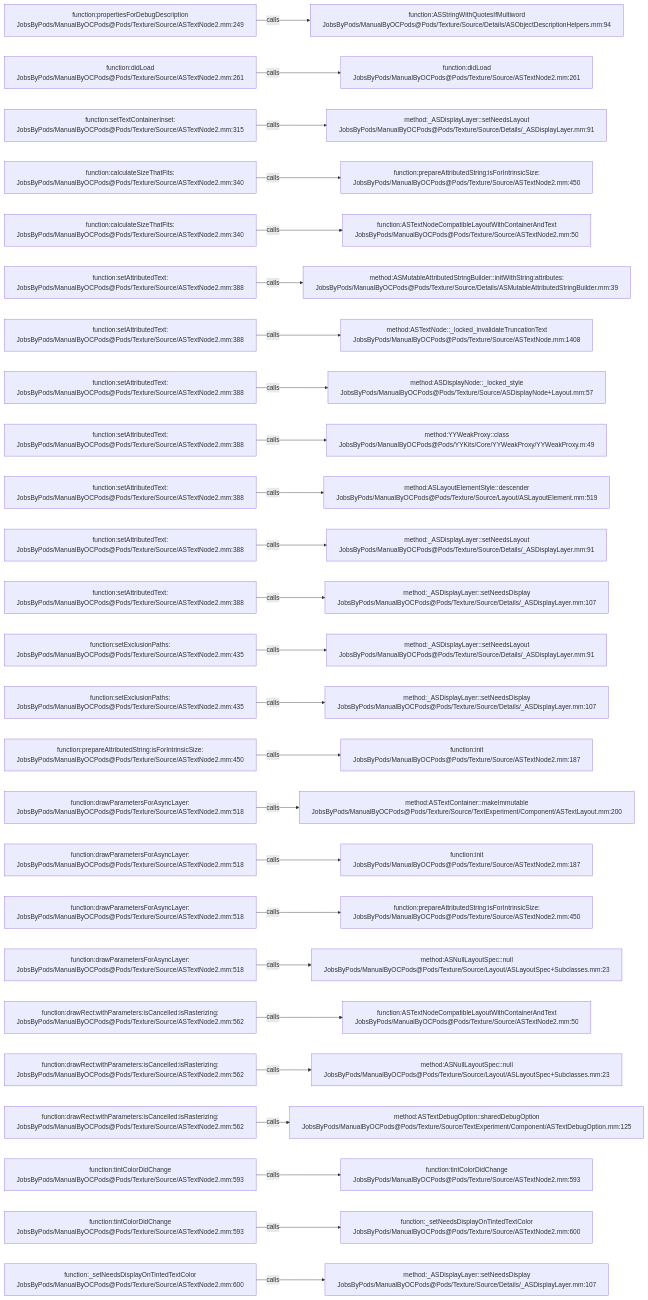
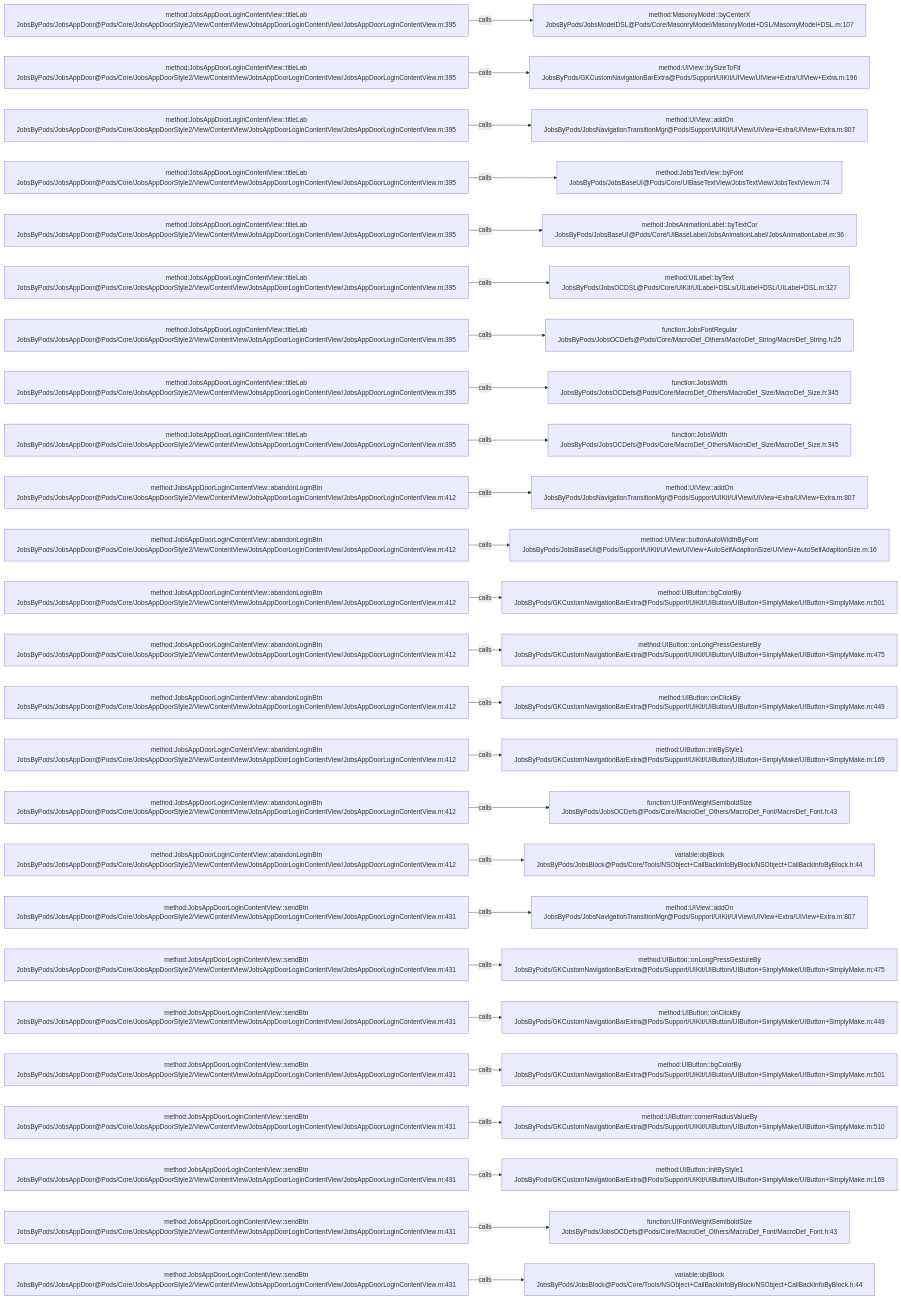
One commit to JobsKits/JobsOCBaseConfigDemo changed the diagram in .codegraph/codegraph.md/graphs/calls-124.md. Above: the diagram before and after it, drawn with Mermaid. The commit also changed 768 other files, not shown here.

````diff
--- a/.codegraph/codegraph.md/graphs/calls-124.md
+++ b/.codegraph/codegraph.md/graphs/calls-124.md
@@ -13,78 +13,78 @@
 ```mermaid
 flowchart LR
-  S1["function:propertiesForDebugDescription<br/>JobsByPods/ManualByOCPods@Pods/Texture/Source/ASTextNode2.mm:249"]
-  T1["function:ASStringWithQuotesIfMultiword<br/>JobsByPods/ManualByOCPods@Pods/Texture/Source/Details/ASObjectDescriptionHelpers.mm:94"]
+  S1["method:JobsAppDoorLoginContentView::titleLab<br/>JobsByPods/JobsAppDoor@Pods/Core/JobsAppDoorStyle2/View/ContentView/JobsAppDoorLoginContentView/JobsAppDoorLoginContentView.m:395"]
+  T1["method:MasonryModel::byCenterX<br/>JobsByPods/JobsModelDSL@Pods/Core/MasonryModel/MasonryModel+DSL/MasonryModel+DSL.m:107"]
   S1 -->|calls| T1
-  S2["function:didLoad<br/>JobsByPods/ManualByOCPods@Pods/Texture/Source/ASTextNode2.mm:261"]
-  T2["function:didLoad<br/>JobsByPods/ManualByOCPods@Pods/Texture/Source/ASTextNode2.mm:261"]
+  S2["method:JobsAppDoorLoginContentView::titleLab<br/>JobsByPods/JobsAppDoor@Pods/Core/JobsAppDoorStyle2/View/ContentView/JobsAppDoorLoginContentView/JobsAppDoorLoginContentView.m:395"]
+  T2["method:UIView::bySizeToFit<br/>JobsByPods/GKCustomNavigationBarExtra@Pods/Support/UIKit/UIView/UIView+Extra/UIView+Extra.m:196"]
   S2 -->|calls| T2
-  S3["function:setTextContainerInset:<br/>JobsByPods/ManualByOCPods@Pods/Texture/Source/ASTextNode2.mm:315"]
-  T3["method:_ASDisplayLayer::setNeedsLayout<br/>JobsByPods/ManualByOCPods@Pods/Texture/Source/Details/_ASDisplayLayer.mm:91"]
+  S3["method:JobsAppDoorLoginContentView::titleLab<br/>JobsByPods/JobsAppDoor@Pods/Core/JobsAppDoorStyle2/View/ContentView/JobsAppDoorLoginContentView/JobsAppDoorLoginContentView.m:395"]
+  T3["method:UIView::addOn<br/>JobsByPods/JobsNavigationTransitionMgr@Pods/Support/UIKit/UIView/UIView+Extra/UIView+Extra.m:807"]
   S3 -->|calls| T3
-  S4["function:calculateSizeThatFits:<br/>JobsByPods/ManualByOCPods@Pods/Texture/Source/ASTextNode2.mm:340"]
-  T4["function:prepareAttributedString:isForIntrinsicSize:<br/>JobsByPods/ManualByOCPods@Pods/Texture/Source/ASTextNode2.mm:450"]
+  S4["method:JobsAppDoorLoginContentView::titleLab<br/>JobsByPods/JobsAppDoor@Pods/Core/JobsAppDoorStyle2/View/ContentView/JobsAppDoorLoginContentView/JobsAppDoorLoginContentView.m:395"]
+  T4["method:JobsTextView::byFont<br/>JobsByPods/JobsBaseUI@Pods/Core/UIBaseTextView/JobsTextView/JobsTextView.m:74"]
   S4 -->|calls| T4
-  S5["function:calculateSizeThatFits:<br/>JobsByPods/ManualByOCPods@Pods/Texture/Source/ASTextNode2.mm:340"]
-  T5["function:ASTextNodeCompatibleLayoutWithContainerAndText<br/>JobsByPods/ManualByOCPods@Pods/Texture/Source/ASTextNode2.mm:50"]
+  S5["method:JobsAppDoorLoginContentView::titleLab<br/>JobsByPods/JobsAppDoor@Pods/Core/JobsAppDoorStyle2/View/ContentView/JobsAppDoorLoginContentView/JobsAppDoorLoginContentView.m:395"]
+  T5["method:JobsAnimationLabel::byTextCor<br/>JobsByPods/JobsBaseUI@Pods/Core/UIBaseLabel/JobsAnimationLabel/JobsAnimationLabel.m:36"]
   S5 -->|calls| T5
-  S6["function:setAttributedText:<br/>JobsByPods/ManualByOCPods@Pods/Texture/Source/ASTextNode2.mm:388"]
-  T6["method:ASMutableAttributedStringBuilder::initWithString:attributes:<br/>JobsByPods/ManualByOCPods@Pods/Texture/Source/Details/ASMutableAttributedStringBuilder.mm:39"]
+  S6["method:JobsAppDoorLoginContentView::titleLab<br/>JobsByPods/JobsAppDoor@Pods/Core/JobsAppDoorStyle2/View/ContentView/JobsAppDoorLoginContentView/JobsAppDoorLoginContentView.m:395"]
+  T6["method:UILabel::byText<br/>JobsByPods/JobsOCDSL@Pods/Core/UIKit/UILabel+DSLs/UILabel+DSL/UILabel+DSL.m:327"]
   S6 -->|calls| T6
-  S7["function:setAttributedText:<br/>JobsByPods/ManualByOCPods@Pods/Texture/Source/ASTextNode2.mm:388"]
-  T7["method:ASTextNode::_locked_invalidateTruncationText<br/>JobsByPods/ManualByOCPods@Pods/Texture/Source/ASTextNode.mm:1408"]
+  S7["method:JobsAppDoorLoginContentView::titleLab<br/>JobsByPods/JobsAppDoor@Pods/Core/JobsAppDoorStyle2/View/ContentView/JobsAppDoorLoginContentView/JobsAppDoorLoginContentView.m:395"]
+  T7["function:JobsFontRegular<br/>JobsByPods/JobsOCDefs@Pods/Core/MacroDef_Others/MacroDef_String/MacroDef_String.h:25"]
   S7 -->|calls| T7
-  S8["function:setAttributedText:<br/>JobsByPods/ManualByOCPods@Pods/Texture/Source/ASTextNode2.mm:388"]
-  T8["method:ASDisplayNode::_locked_style<br/>JobsByPods/ManualByOCPods@Pods/Texture/Source/ASDisplayNode+Layout.mm:57"]
+  S8["method:JobsAppDoorLoginContentView::titleLab<br/>JobsByPods/JobsAppDoor@Pods/Core/JobsAppDoorStyle2/View/ContentView/JobsAppDoorLoginContentView/JobsAppDoorLoginContentView.m:395"]
+  T8["function:JobsWidth<br/>JobsByPods/JobsOCDefs@Pods/Core/MacroDef_Others/MacroDef_Size/MacroDef_Size.h:345"]
   S8 -->|calls| T8
-  S9["function:setAttributedText:<br/>JobsByPods/ManualByOCPods@Pods/Texture/Source/ASTextNode2.mm:388"]
-  T9["method:YYWeakProxy::class<br/>JobsByPods/ManualByOCPods@Pods/YYKits/Core/YYWeakProxy/YYWeakProxy.m:49"]
+  S9["method:JobsAppDoorLoginContentView::titleLab<br/>JobsByPods/JobsAppDoor@Pods/Core/JobsAppDoorStyle2/View/ContentView/JobsAppDoorLoginContentView/JobsAppDoorLoginContentView.m:395"]
+  T9["function:JobsWidth<br/>JobsByPods/JobsOCDefs@Pods/Core/MacroDef_Others/MacroDef_Size/MacroDef_Size.h:345"]
   S9 -->|calls| T9
-  S10["function:setAttributedText:<br/>JobsByPods/ManualByOCPods@Pods/Texture/Source/ASTextNode2.mm:388"]
-  T10["method:ASLayoutElementStyle::descender<br/>JobsByPods/ManualByOCPods@Pods/Texture/Source/Layout/ASLayoutElement.mm:519"]
+  S10["method:JobsAppDoorLoginContentView::abandonLoginBtn<br/>JobsByPods/JobsAppDoor@Pods/Core/JobsAppDoorStyle2/View/ContentView/JobsAppDoorLoginContentView/JobsAppDoorLoginContentView.m:412"]
+  T10["method:UIView::addOn<br/>JobsByPods/JobsNavigationTransitionMgr@Pods/Support/UIKit/UIView/UIView+Extra/UIView+Extra.m:807"]
   S10 -->|calls| T10
-  S11["function:setAttributedText:<br/>JobsByPods/ManualByOCPods@Pods/Texture/Source/ASTextNode2.mm:388"]
-  T11["method:_ASDisplayLayer::setNeedsLayout<br/>JobsByPods/ManualByOCPods@Pods/Texture/Source/Details/_ASDisplayLayer.mm:91"]
+  S11["method:JobsAppDoorLoginContentView::abandonLoginBtn<br/>JobsByPods/JobsAppDoor@Pods/Core/JobsAppDoorStyle2/View/ContentView/JobsAppDoorLoginContentView/JobsAppDoorLoginContentView.m:412"]
+  T11["method:UIView::buttonAutoWidthByFont<br/>JobsByPods/JobsBaseUI@Pods/Support/UIKit/UIView/UIView+AutoSelfAdaptionSize/UIView+AutoSelfAdaptionSize.m:16"]
   S11 -->|calls| T11
-  S12["function:setAttributedText:<br/>JobsByPods/ManualByOCPods@Pods/Texture/Source/ASTextNode2.mm:388"]
-  T12["method:_ASDisplayLayer::setNeedsDisplay<br/>JobsByPods/ManualByOCPods@Pods/Texture/Source/Details/_ASDisplayLayer.mm:107"]
+  S12["method:JobsAppDoorLoginContentView::abandonLoginBtn<br/>JobsByPods/JobsAppDoor@Pods/Core/JobsAppDoorStyle2/View/ContentView/JobsAppDoorLoginContentView/JobsAppDoorLoginContentView.m:412"]
+  T12["method:UIButton::bgColorBy<br/>JobsByPods/GKCustomNavigationBarExtra@Pods/Support/UIKit/UIButton/UIButton+SimplyMake/UIButton+SimplyMake.m:501"]
   S12 -->|calls| T12
-  S13["function:setExclusionPaths:<br/>JobsByPods/ManualByOCPods@Pods/Texture/Source/ASTextNode2.mm:435"]
-  T13["method:_ASDisplayLayer::setNeedsLayout<br/>JobsByPods/ManualByOCPods@Pods/Texture/Source/Details/_ASDisplayLayer.mm:91"]
+  S13["method:JobsAppDoorLoginContentView::abandonLoginBtn<br/>JobsByPods/JobsAppDoor@Pods/Core/JobsAppDoorStyle2/View/ContentView/JobsAppDoorLoginContentView/JobsAppDoorLoginContentView.m:412"]
+  T13["method:UIButton::onLongPressGestureBy<br/>JobsByPods/GKCustomNavigationBarExtra@Pods/Support/UIKit/UIButton/UIButton+SimplyMake/UIButton+SimplyMake.m:475"]
   S13 -->|calls| T13
-  S14["function:setExclusionPaths:<br/>JobsByPods/ManualByOCPods@Pods/Texture/Source/ASTextNode2.mm:435"]
-  T14["method:_ASDisplayLayer::setNeedsDisplay<br/>JobsByPods/ManualByOCPods@Pods/Texture/Source/Details/_ASDisplayLayer.mm:107"]
+  S14["method:JobsAppDoorLoginContentView::abandonLoginBtn<br/>JobsByPods/JobsAppDoor@Pods/Core/JobsAppDoorStyle2/View/ContentView/JobsAppDoorLoginContentView/JobsAppDoorLoginContentView.m:412"]
+  T14["method:UIButton::onClickBy<br/>JobsByPods/GKCustomNavigationBarExtra@Pods/Support/UIKit/UIButton/UIButton+SimplyMake/UIButton+SimplyMake.m:449"]
   S14 -->|calls| T14
-  S15["function:prepareAttributedString:isForIntrinsicSize:<br/>JobsByPods/ManualByOCPods@Pods/Texture/Source/ASTextNode2.mm:450"]
-  T15["function:init<br/>JobsByPods/ManualByOCPods@Pods/Texture/Source/ASTextNode2.mm:187"]
+  S15["method:JobsAppDoorLoginContentView::abandonLoginBtn<br/>JobsByPods/JobsAppDoor@Pods/Core/JobsAppDoorStyle2/View/ContentView/JobsAppDoorLoginContentView/JobsAppDoorLoginContentView.m:412"]
+  T15["method:UIButton::initByStyle1<br/>JobsByPods/GKCustomNavigationBarExtra@Pods/Support/UIKit/UIButton/UIButton+SimplyMake/UIButton+SimplyMake.m:169"]
   S15 -->|calls| T15
-  S16["function:drawParametersForAsyncLayer:<br/>JobsByPods/ManualByOCPods@Pods/Texture/Source/ASTextNode2.mm:518"]
-  T16["method:ASTextContainer::makeImmutable<br/>JobsByPods/ManualByOCPods@Pods/Texture/Source/TextExperiment/Component/ASTextLayout.mm:200"]
+  S16["method:JobsAppDoorLoginContentView::abandonLoginBtn<br/>JobsByPods/JobsAppDoor@Pods/Core/JobsAppDoorStyle2/View/ContentView/JobsAppDoorLoginContentView/JobsAppDoorLoginContentView.m:412"]
+  T16["function:UIFontWeightSemiboldSize<br/>JobsByPods/JobsOCDefs@Pods/Core/MacroDef_Others/MacroDef_Font/MacroDef_Font.h:43"]
   S16 -->|calls| T16
-  S17["function:drawParametersForAsyncLayer:<br/>JobsByPods/ManualByOCPods@Pods/Texture/Source/ASTextNode2.mm:518"]
-  T17["function:init<br/>JobsByPods/ManualByOCPods@Pods/Texture/Source/ASTextNode2.mm:187"]
+  S17["method:JobsAppDoorLoginContentView::abandonLoginBtn<br/>JobsByPods/JobsAppDoor@Pods/Core/JobsAppDoorStyle2/View/ContentView/JobsAppDoorLoginContentView/JobsAppDoorLoginContentView.m:412"]
+  T17["variable:objBlock<br/>JobsByPods/JobsBlock@Pods/Core/Tools/NSObject+CallBackInfoByBlock/NSObject+CallBackInfoByBlock.h:44"]
   S17 -->|calls| T17
-  S18["function:drawParametersForAsyncLayer:<br/>JobsByPods/ManualByOCPods@Pods/Texture/Source/ASTextNode2.mm:518"]
-  T18["function:prepareAttributedString:isForIntrinsicSize:<br/>JobsByPods/ManualByOCPods@Pods/Texture/Source/ASTextNode2.mm:450"]
+  S18["method:JobsAppDoorLoginContentView::sendBtn<br/>JobsByPods/JobsAppDoor@Pods/Core/JobsAppDoorStyle2/View/ContentView/JobsAppDoorLoginContentView/JobsAppDoorLoginContentView.m:431"]
+  T18["method:UIView::addOn<br/>JobsByPods/JobsNavigationTransitionMgr@Pods/Support/UIKit/UIView/UIView+Extra/UIView+Extra.m:807"]
   S18 -->|calls| T18
-  S19["function:drawParametersForAsyncLayer:<br/>JobsByPods/ManualByOCPods@Pods/Texture/Source/ASTextNode2.mm:518"]
-  T19["method:ASNullLayoutSpec::null<br/>JobsByPods/ManualByOCPods@Pods/Texture/Source/Layout/ASLayoutSpec+Subclasses.mm:23"]
+  S19["method:JobsAppDoorLoginContentView::sendBtn<br/>JobsByPods/JobsAppDoor@Pods/Core/JobsAppDoorStyle2/View/ContentView/JobsAppDoorLoginContentView/JobsAppDoorLoginContentView.m:431"]
+  T19["method:UIButton::onLongPressGestureBy<br/>JobsByPods/GKCustomNavigationBarExtra@Pods/Support/UIKit/UIButton/UIButton+SimplyMake/UIButton+SimplyMake.m:475"]
   S19 -->|calls| T19
-  S20["function:drawRect:withParameters:isCancelled:isRasterizing:<br/>JobsByPods/ManualByOCPods@Pods/Texture/Source/ASTextNode2.mm:562"]
-  T20["function:ASTextNodeCompatibleLayoutWithContainerAndText<br/>JobsByPods/ManualByOCPods@Pods/Texture/Source/ASTextNode2.mm:50"]
+  S20["method:JobsAppDoorLoginContentView::sendBtn<br/>JobsByPods/JobsAppDoor@Pods/Core/JobsAppDoorStyle2/View/ContentView/JobsAppDoorLoginContentView/JobsAppDoorLoginContentView.m:431"]
+  T20["method:UIButton::onClickBy<br/>JobsByPods/GKCustomNavigationBarExtra@Pods/Support/UIKit/UIButton/UIButton+SimplyMake/UIButton+SimplyMake.m:449"]
   S20 -->|calls| T20
-  S21["function:drawRect:withParameters:isCancelled:isRasterizing:<br/>JobsByPods/ManualByOCPods@Pods/Texture/Source/ASTextNode2.mm:562"]
-  T21["method:ASNullLayoutSpec::null<br/>JobsByPods/ManualByOCPods@Pods/Texture/Source/Layout/ASLayoutSpec+Subclasses.mm:23"]
+  S21["method:JobsAppDoorLoginContentView::sendBtn<br/>JobsByPods/JobsAppDoor@Pods/Core/JobsAppDoorStyle2/View/ContentView/JobsAppDoorLoginContentView/JobsAppDoorLoginContentView.m:431"]
+  T21["method:UIButton::bgColorBy<br/>JobsByPods/GKCustomNavigationBarExtra@Pods/Support/UIKit/UIButton/UIButton+SimplyMake/UIButton+SimplyMake.m:501"]
   S21 -->|calls| T21
-  S22["function:drawRect:withParameters:isCancelled:isRasterizing:<br/>JobsByPods/ManualByOCPods@Pods/Texture/Source/ASTextNode2.mm:562"]
-  T22["method:ASTextDebugOption::sharedDebugOption<br/>JobsByPods/ManualByOCPods@Pods/Texture/Source/TextExperiment/Component/ASTextDebugOption.mm:125"]
+  S22["method:JobsAppDoorLoginContentView::sendBtn<br/>JobsByPods/JobsAppDoor@Pods/Core/JobsAppDoorStyle2/View/ContentView/JobsAppDoorLoginContentView/JobsAppDoorLoginContentView.m:431"]
+  T22["method:UIButton::cornerRadiusValueBy<br/>JobsByPods/GKCustomNavigationBarExtra@Pods/Support/UIKit/UIButton/UIButton+SimplyMake/UIButton+SimplyMake.m:510"]
   S22 -->|calls| T22
-  S23["function:tintColorDidChange<br/>JobsByPods/ManualByOCPods@Pods/Texture/Source/ASTextNode2.mm:593"]
-  T23["function:tintColorDidChange<br/>JobsByPods/ManualByOCPods@Pods/Texture/Source/ASTextNode2.mm:593"]
+  S23["method:JobsAppDoorLoginContentView::sendBtn<br/>JobsByPods/JobsAppDoor@Pods/Core/JobsAppDoorStyle2/View/ContentView/JobsAppDoorLoginContentView/JobsAppDoorLoginContentView.m:431"]
+  T23["method:UIButton::initByStyle1<br/>JobsByPods/GKCustomNavigationBarExtra@Pods/Support/UIKit/UIButton/UIButton+SimplyMake/UIButton+SimplyMake.m:169"]
   S23 -->|calls| T23
-  S24["function:tintColorDidChange<br/>JobsByPods/ManualByOCPods@Pods/Texture/Source/ASTextNode2.mm:593"]
-  T24["function:_setNeedsDisplayOnTintedTextColor<br/>JobsByPods/ManualByOCPods@Pods/Texture/Source/ASTextNode2.mm:600"]
+  S24["method:JobsAppDoorLoginContentView::sendBtn<br/>JobsByPods/JobsAppDoor@Pods/Core/JobsAppDoorStyle2/View/ContentView/JobsAppDoorLoginContentView/JobsAppDoorLoginContentView.m:431"]
+  T24["function:UIFontWeightSemiboldSize<br/>JobsByPods/JobsOCDefs@Pods/Core/MacroDef_Others/MacroDef_Font/MacroDef_Font.h:43"]
   S24 -->|calls| T24
-  S25["function:_setNeedsDisplayOnTintedTextColor<br/>JobsByPods/ManualByOCPods@Pods/Texture/Source/ASTextNode2.mm:600"]
-  T25["method:_ASDisplayLayer::setNeedsDisplay<br/>JobsByPods/ManualByOCPods@Pods/Texture/Source/Details/_ASDisplayLayer.mm:107"]
+  S25["method:JobsAppDoorLoginContentView::sendBtn<br/>JobsByPods/JobsAppDoor@Pods/Core/JobsAppDoorStyle2/View/ContentView/JobsAppDoorLoginContentView/JobsAppDoorLoginContentView.m:431"]
+  T25["variable:objBlock<br/>JobsByPods/JobsBlock@Pods/Core/Tools/NSObject+CallBackInfoByBlock/NSObject+CallBackInfoByBlock.h:44"]
   S25 -->|calls| T25
 ```
````
